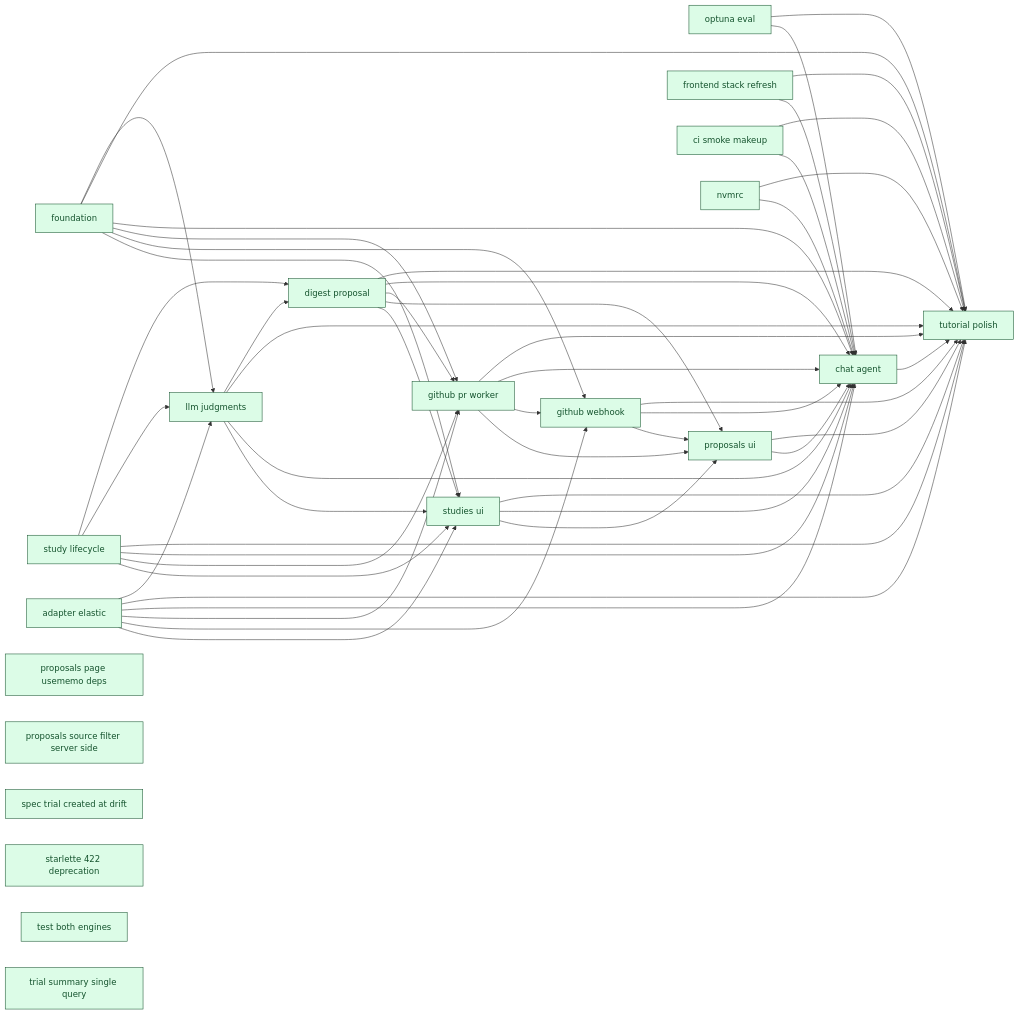
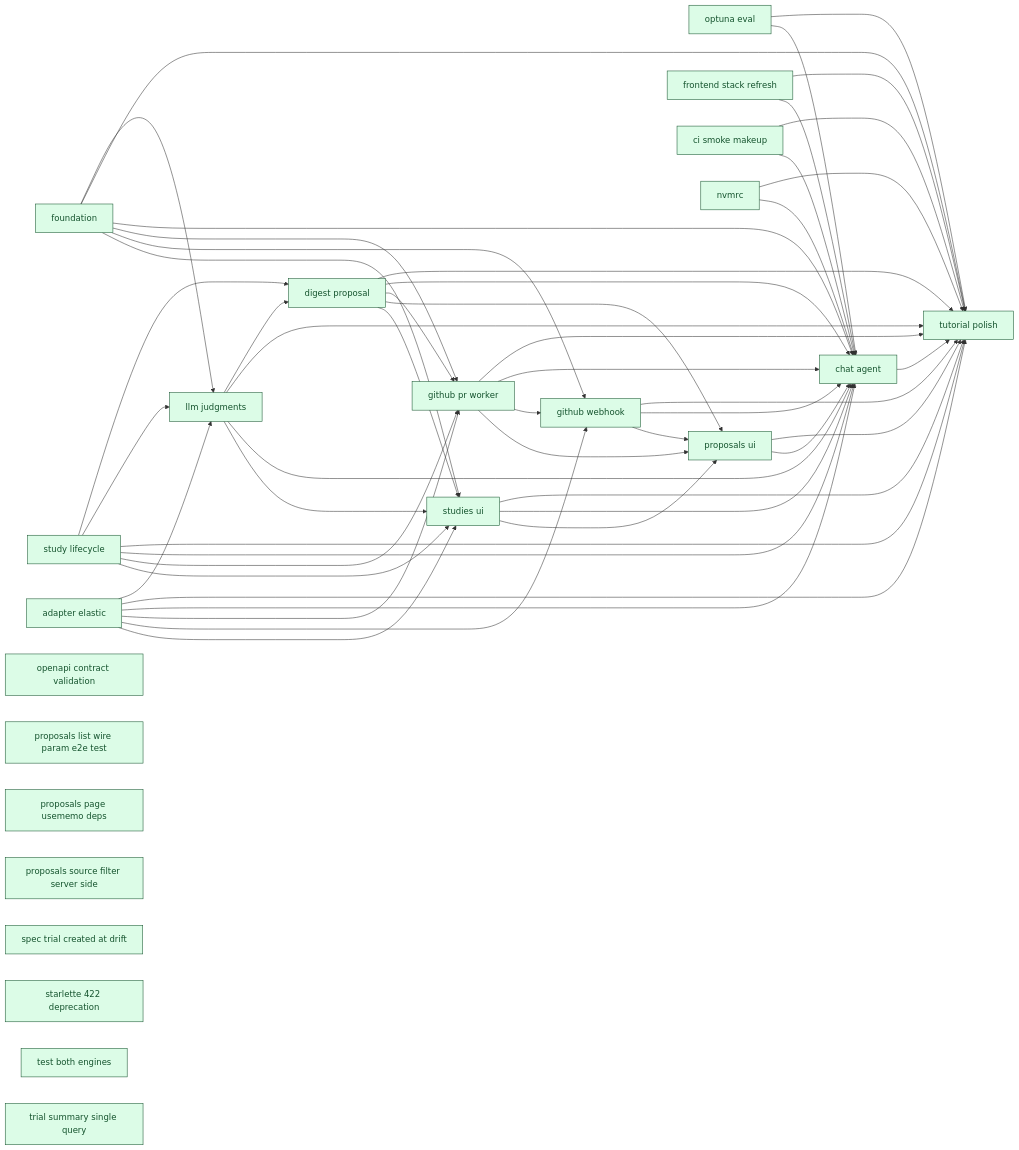
The diagram in docs/00_overview/MVP1_DASHBOARD.md (SoundMindsAI/relyloop), drawn with Mermaid before and after one commit. The commit also changed other lines of this file and 5 other files, not shown here.

First line of the commit message:
chore: test-infra sweep — OpenAPI surface contract + proposals wire-param test (#84)

```diff
--- a/docs/00_overview/MVP1_DASHBOARD.md
+++ b/docs/00_overview/MVP1_DASHBOARD.md
@@ -121,6 +121,10 @@
   class feat_studies_ui done;
   infra_frontend_stack_refresh["frontend stack refresh"]
   class infra_frontend_stack_refresh done;
+  chore_openapi_contract_validation["openapi contract validation"]
+  class chore_openapi_contract_validation done;
+  chore_proposals_list_wire_param_e2e_test["proposals list wire param e2e test"]
+  class chore_proposals_list_wire_param_e2e_test done;
   chore_proposals_page_usememo_deps["proposals page usememo deps"]
   class chore_proposals_page_usememo_deps done;
   chore_proposals_source_filter_server_side["proposals source filter server side"]
```
